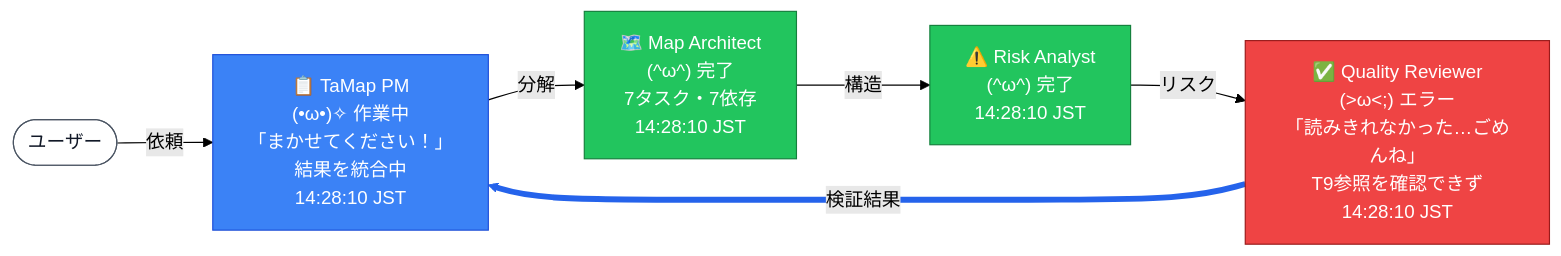
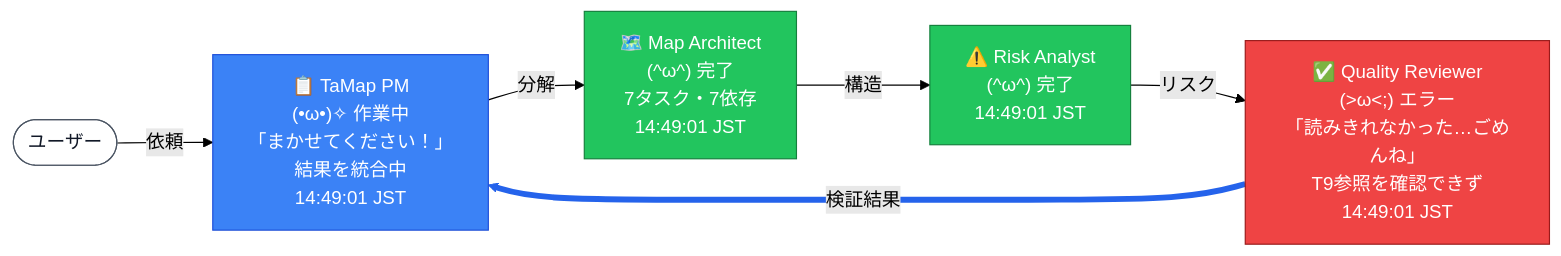
One commit to nekomario28/tamap changed the seventh of 12 diagrams in docs/sample_output.md. Above: the diagram before and after it, drawn with Mermaid (forest theme). The commit also changed other lines of this file and 4 other files, not shown here.

````diff
--- a/docs/sample_output.md
+++ b/docs/sample_output.md
@@ -217,23 +217,23 @@
 ```mermaid
 flowchart LR
   U(["ユーザー"])
-  PM["📋 TaMap PM<br>(•ω•)✧ 作業中<br>「まかせてください！」<br>結果を統合中<br>14:28:10 JST"]
-  MA["🗺️ Map Architect<br>(^ω^) 完了<br>7タスク・7依存<br>14:28:10 JST"]
-  RA["⚠️ Risk Analyst<br>(^ω^) 完了<br>14:28:10 JST"]
-  QR["✅ Quality Reviewer<br>(#gt;ω#lt;;) エラー<br>「読みきれなかった…ごめんね」<br>T9参照を確認できず<br>14:28:10 JST"]
+  PM["📋 TaMap PM<br>(•ω•)✧ 作業中<br>「まかせてください！」<br>結果を統合中<br>14:49:01 JST"]
+  MA["🗺️ Map Architect<br>(^ω^) 完了<br>7タスク・7依存<br>14:49:01 JST"]
+  RA["⚠️ Risk Analyst<br>(^ω^) 完了<br>14:49:01 JST"]
+  QR["✅ Quality Reviewer<br>(#gt;ω#lt;;) エラー<br>「読みきれなかった…ごめんね」<br>T9参照を確認できず<br>14:49:01 JST"]
   U -- 依頼 --> PM
   PM -- 分解 --> MA
   MA -- 構造 --> RA
   RA -- リスク --> QR
   QR -- 検証結果 --> PM
   classDef idle fill:#9ca3af,stroke:#4b5563,color:#111827
   classDef working fill:#3b82f6,stroke:#1d4ed8,color:#ffffff
   classDef done fill:#22c55e,stroke:#15803d,color:#ffffff
   classDef error fill:#ef4444,stroke:#991b1b,color:#ffffff
   classDef user fill:#ffffff,stroke:#4b5563,color:#111827
   class U user
   class PM working
   class MA,RA done
   class QR error
   linkStyle 4 stroke:#2563eb,stroke-width:5px
 ```
````
